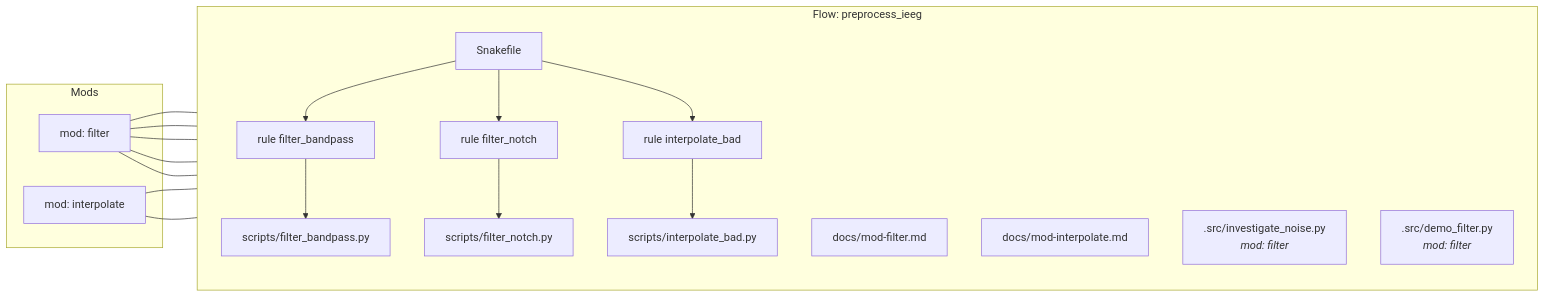
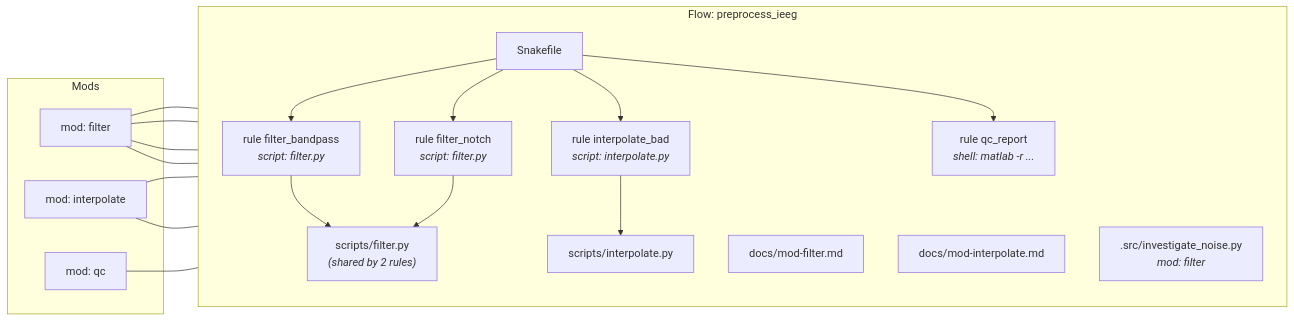
Before and after one commit to arashshahidi1997/projio: the second of 3 diagrams in docs/specs/pipeio/ontology.md, drawn with Mermaid. The commit also changed other lines of this file, not shown here.

Commit message:
Ontology: rules can share scripts, may use shell/matlab instead of script

````diff
--- a/docs/specs/pipeio/ontology.md
+++ b/docs/specs/pipeio/ontology.md
@@ -121,32 +126,33 @@
 ```mermaid
 graph LR
     subgraph "Flow: preprocess_ieeg"
         direction TB
         SF["Snakefile"]
-        R1["rule filter_bandpass"]
-        R2["rule filter_notch"]
-        R3["rule interpolate_bad"]
-        S1["scripts/filter_bandpass.py"]
-        S2["scripts/filter_notch.py"]
-        S3["scripts/interpolate_bad.py"]
+        R1["rule filter_bandpass<br/><i>script: filter.py</i>"]
+        R2["rule filter_notch<br/><i>script: filter.py</i>"]
+        R3["rule interpolate_bad<br/><i>script: interpolate.py</i>"]
+        R4["rule qc_report<br/><i>shell: matlab -r ...</i>"]
+        S1["scripts/filter.py<br/><i>(shared by 2 rules)</i>"]
+        S2["scripts/interpolate.py"]
         D1["docs/mod-filter.md"]
         D2["docs/mod-interpolate.md"]
         NB1[".src/investigate_noise.py<br/><i>mod: filter</i>"]
-        NB2[".src/demo_filter.py<br/><i>mod: filter</i>"]
     end
 
     subgraph "Mods"
         M1["mod: filter"]
         M2["mod: interpolate"]
+        M3["mod: qc"]
     end
 
-    SF --> R1 & R2 & R3
+    SF --> R1 & R2 & R3 & R4
     R1 --> S1
-    R2 --> S2
-    R3 --> S3
+    R2 --> S1
+    R3 --> S2
     M1 --- R1 & R2
     M2 --- R3
+    M3 --- R4
     M1 --- D1
     M2 --- D2
-    M1 --- NB1 & NB2
+    M1 --- NB1
 ```
````
